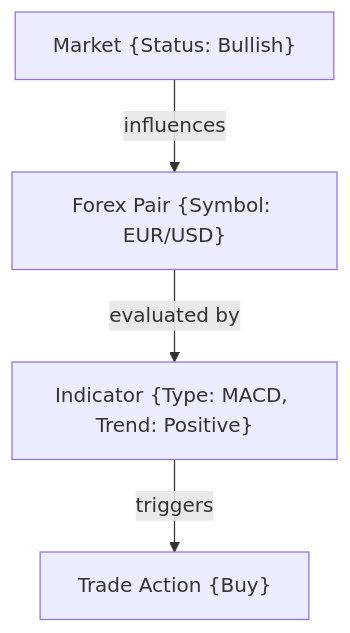
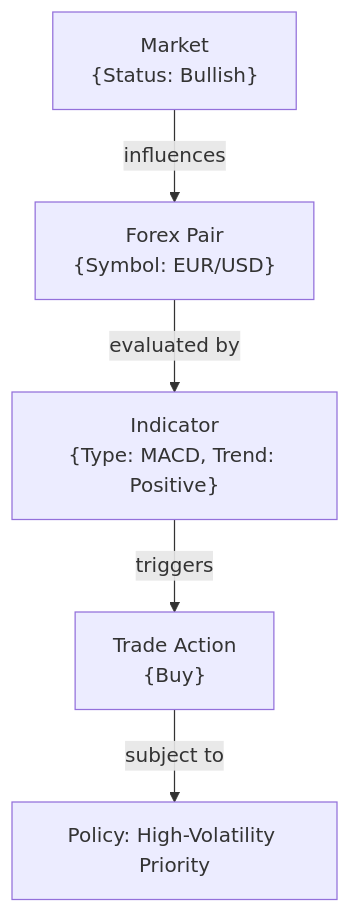
Before and after one commit to TheGuyFromTheApprentice/ActiveGraphNetworks: the third of 12 diagrams in README.md, drawn with Mermaid. The commit also changed other lines of this file, not shown here.

````diff
--- a/README.md
+++ b/README.md
@@ -68,10 +79,13 @@
 ```mermaid
-graph TD;
-    Market["Market {Status: Bullish}"]
-    ForexPair["Forex Pair {Symbol: EUR/USD}"]
-    Indicator["Indicator {Type: MACD, Trend: Positive}"]
-    Trade["Trade Action {Buy}"]
+graph TD
+    Market["Market\n{Status: Bullish}"]
+    ForexPair["Forex Pair\n{Symbol: EUR/USD}"]
+    Indicator["Indicator\n{Type: MACD, Trend: Positive}"]
+    Trade["Trade Action\n{Buy}"]
+    Policy["Policy: High-Volatility Priority"]
+    
     Market -->|influences| ForexPair
     ForexPair -->|evaluated by| Indicator
     Indicator -->|triggers| Trade
+    Trade -->|subject to| Policy
 ```
````
